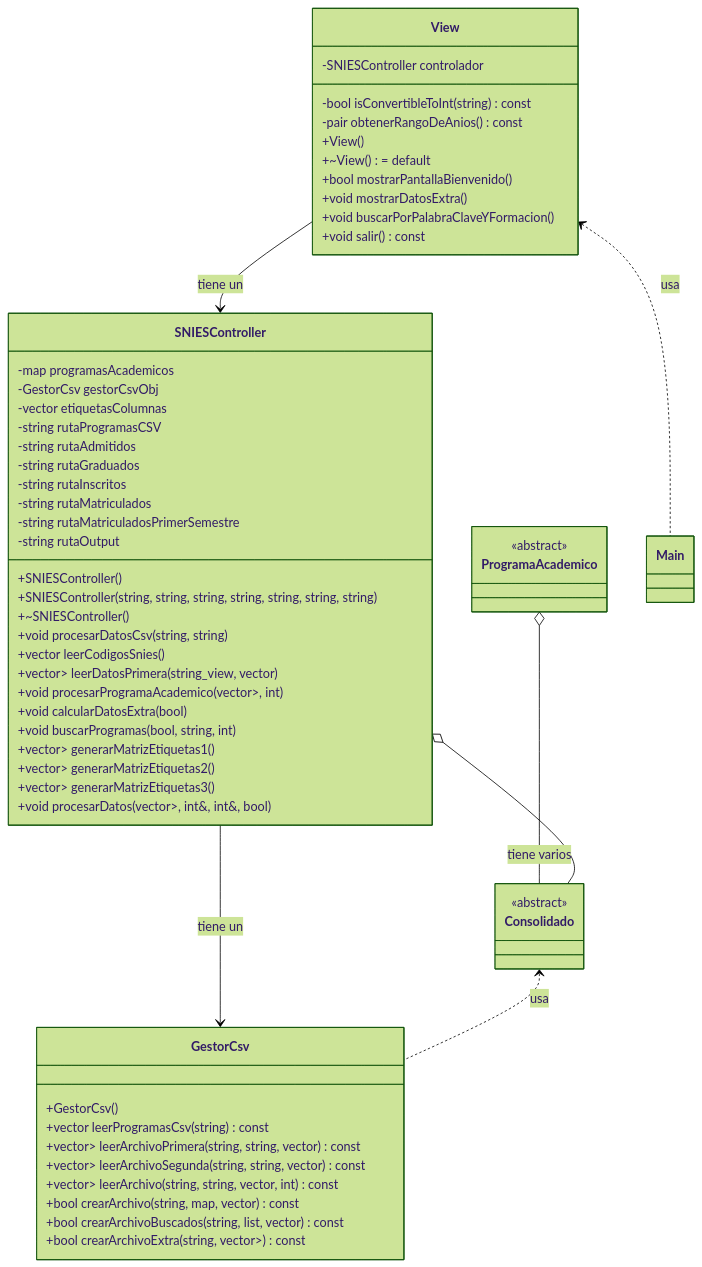
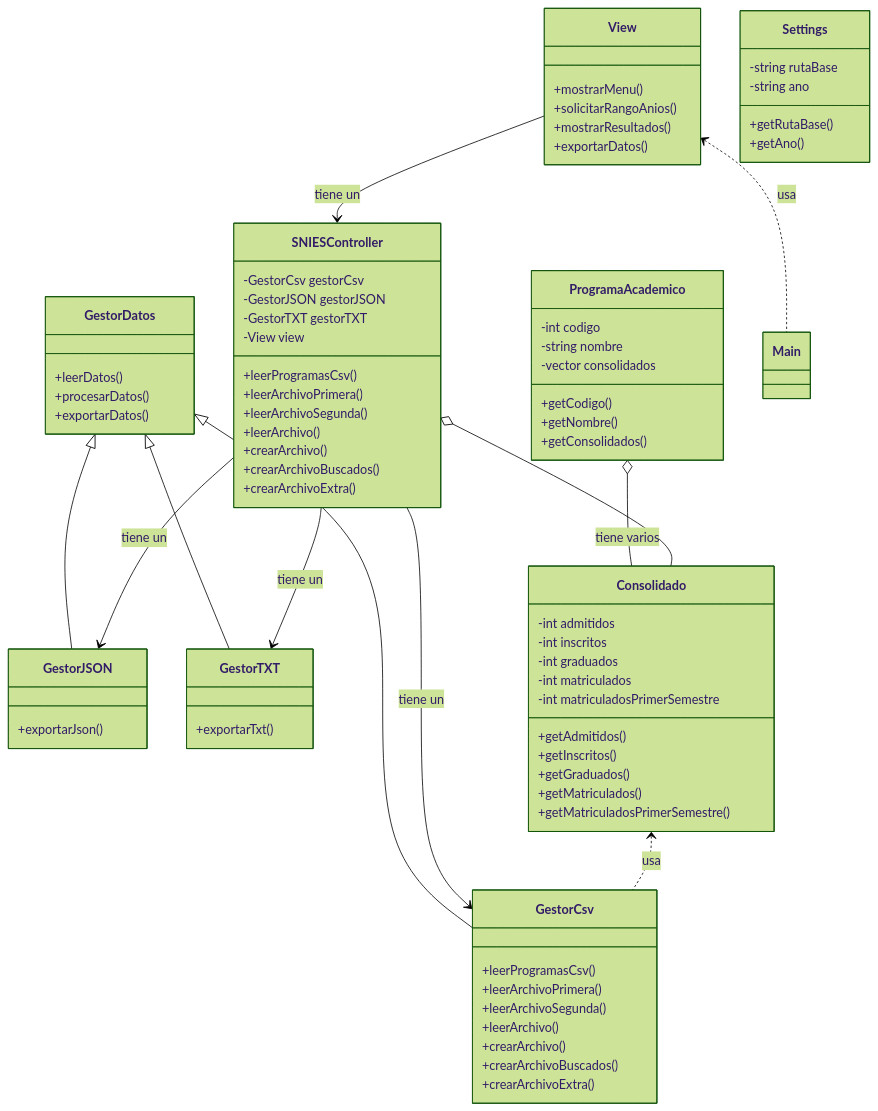
The diagram in README.md (300CIS017-Object-Oriented-Programming/proyecto-2-snies-extractor-sniesbio), drawn with Mermaid (forest theme) before and after one commit. The commit also changed 8 other files, not shown here.

````diff
--- a/README.md
+++ b/README.md
@@ -50,66 +51,89 @@
 ```mermaid
 classDiagram
-    class SNIESController {
-        -map<int, ProgramaAcademico*> programasAcademicos
-        -GestorCsv gestorCsvObj
-        -vector<string> etiquetasColumnas
-        -string rutaProgramasCSV
-        -string rutaAdmitidos
-        -string rutaGraduados
-        -string rutaInscritos
-        -string rutaMatriculados
-        -string rutaMatriculadosPrimerSemestre
-        -string rutaOutput
-        +SNIESController()
-        +SNIESController(string, string, string, string, string, string, string)
-        +~SNIESController()
-        +void procesarDatosCsv(string, string)
-        +vector<int> leerCodigosSnies()
-        +vector<vector<string>> leerDatosPrimera(string_view, vector<int>)
-        +void procesarProgramaAcademico(vector<vector<string>>, int)
-        +void calcularDatosExtra(bool)
-        +void buscarProgramas(bool, string, int)
-        +vector<vector<string>> generarMatrizEtiquetas1()
-        +vector<vector<string>> generarMatrizEtiquetas2()
-        +vector<vector<string>> generarMatrizEtiquetas3()
-        +void procesarDatos(vector<vector<string>>, int&, int&, bool)
-    }
-
-    class GestorCsv {
-        +GestorCsv()
-        +vector<int> leerProgramasCsv(string) const
-        +vector<vector<string>> leerArchivoPrimera(string, string, vector<int>) const
-        +vector<vector<string>> leerArchivoSegunda(string, string, vector<int>) const
-        +vector<vector<string>> leerArchivo(string, string, vector<int>, int) const
-        +bool crearArchivo(string, map<int, ProgramaAcademico*>, vector<string>) const
-        +bool crearArchivoBuscados(string, list<ProgramaAcademico*>, vector<string>) const
-        +bool crearArchivoExtra(string, vector<vector<string>>) const
-    }
-
-    class View {
-        -SNIESController controlador
-        -bool isConvertibleToInt(string) const
-        -pair<string, string> obtenerRangoDeAnios() const
-        +View()
-        +~View() = default
-        +bool mostrarPantallaBienvenido()
-        +void mostrarDatosExtra()
-        +void buscarPorPalabraClaveYFormacion()
-        +void salir() const
-    }
-
-    class ProgramaAcademico {
-        <<abstract>>
-    }
-
-    class Consolidado {
-        <<abstract>>
-    }
-ProgramaAcademico o-- Consolidado : tiene varios
-View <.. Main : usa
-View --> SNIESController : tiene un
-SNIESController --> GestorCsv: tiene un
-SNIESController o-- Consolidado
-Consolidado <.. GestorCsv: usa
+class SNIESController {
+   -GestorCsv gestorCsv
+   -GestorJSON gestorJSON
+   -GestorTXT gestorTXT
+   -View view
+   +leerProgramasCsv()
+   +leerArchivoPrimera()
+   +leerArchivoSegunda()
+   +leerArchivo()
+   +crearArchivo()
+   +crearArchivoBuscados()
+   +crearArchivoExtra()
+   }
+   
+   class GestorCsv {
+   +leerProgramasCsv()
+   +leerArchivoPrimera()
+   +leerArchivoSegunda()
+   +leerArchivo()
+   +crearArchivo()
+   +crearArchivoBuscados()
+   +crearArchivoExtra()
+   }
+   
+   class GestorJSON {
+   +exportarJson()
+   }
+   
+   class GestorTXT {
+   +exportarTxt()
+   }
+   
+   class View {
+   +mostrarMenu()
+   +solicitarRangoAnios()
+   +mostrarResultados()
+   +exportarDatos()
+       }
+   
+   class ProgramaAcademico {
+   -int codigo
+   -string nombre
+   -vector<Consolidado> consolidados
+   +getCodigo()
+   +getNombre()
+   +getConsolidados()
+       }
+   
+   class Consolidado {
+   -int admitidos
+   -int inscritos
+   -int graduados
+   -int matriculados
+   -int matriculadosPrimerSemestre
+   +getAdmitidos()
+   +getInscritos()
+   +getGraduados()
+   +getMatriculados()
+   +getMatriculadosPrimerSemestre()
+   }
+   
+   class Settings {
+   -string rutaBase
+   -string ano
+   +getRutaBase()
+   +getAno()
+   }
+   
+   class GestorDatos {
+   +leerDatos()
+   +procesarDatos()
+   +exportarDatos()
+   }
+   
+   GestorDatos <|-- GestorCsv
+   GestorDatos <|-- GestorJSON
+   GestorDatos <|-- GestorTXT
+   ProgramaAcademico o-- Consolidado : tiene varios
+   View <.. Main : usa
+   View --> SNIESController : tiene un
+   SNIESController --> GestorCsv : tiene un
+   SNIESController --> GestorJSON : tiene un
+   SNIESController --> GestorTXT : tiene un
+   SNIESController o-- Consolidado
+   Consolidado <.. GestorCsv : usa
    
 ```
````
